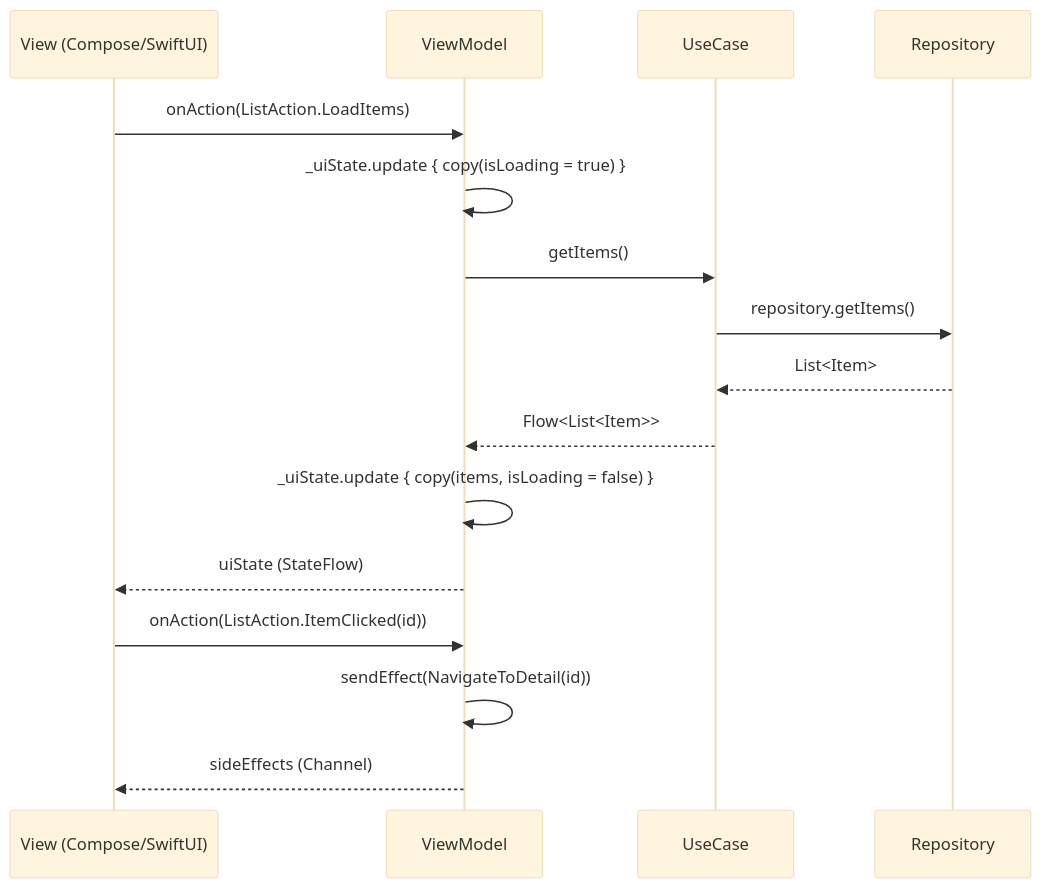
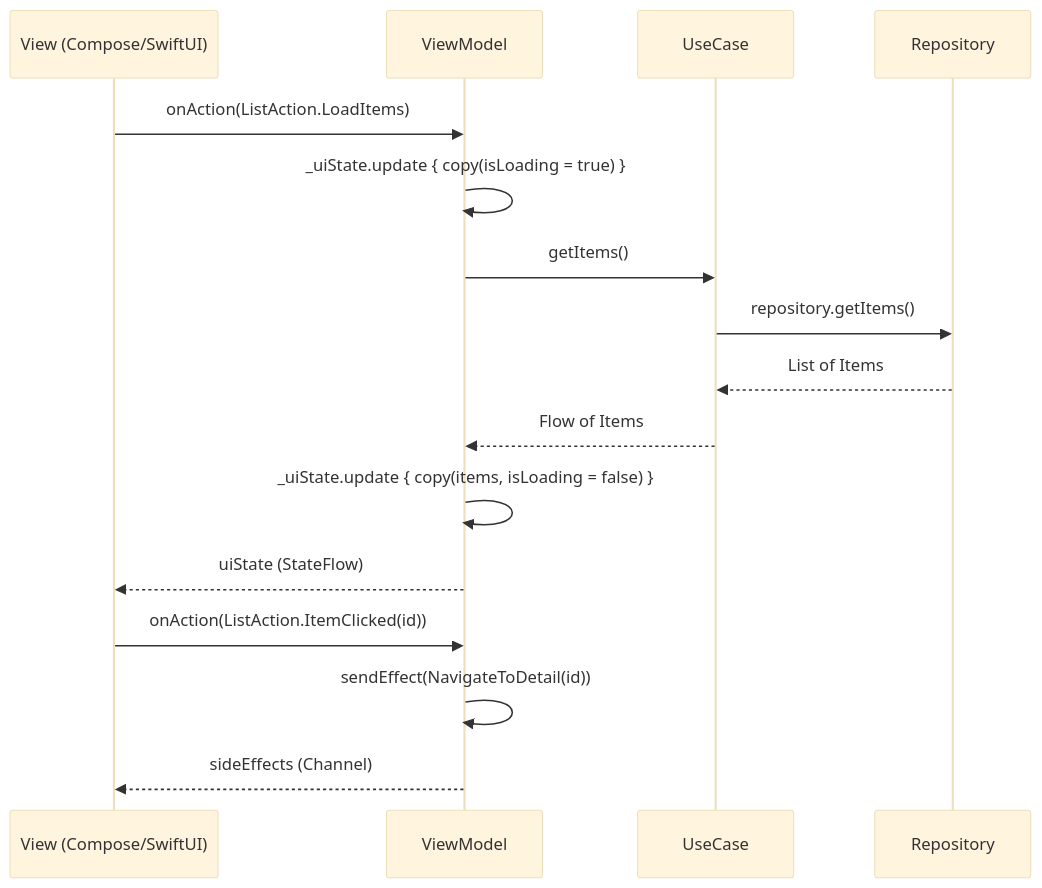
The fifth of 10 diagrams in README.md (Ashanen/Castociasto), drawn with Mermaid (base theme) before and after one commit. The commit also changed other lines of this file, not shown here.

````diff
--- a/README.md
+++ b/README.md
@@ -217,20 +224,20 @@
 ```mermaid
 sequenceDiagram
     participant View as View (Compose/SwiftUI)
     participant VM as ViewModel
     participant UC as UseCase
     participant Repo as Repository
 
     View->>VM: onAction(ListAction.LoadItems)
     VM->>VM: _uiState.update { copy(isLoading = true) }
     VM->>UC: getItems()
     UC->>Repo: repository.getItems()
-    Repo-->>UC: List<Item>
-    UC-->>VM: Flow<List<Item>>
+    Repo-->>UC: List of Items
+    UC-->>VM: Flow of Items
     VM->>VM: _uiState.update { copy(items, isLoading = false) }
     VM-->>View: uiState (StateFlow)
 
     View->>VM: onAction(ListAction.ItemClicked(id))
     VM->>VM: sendEffect(NavigateToDetail(id))
     VM-->>View: sideEffects (Channel)
 ```
````
